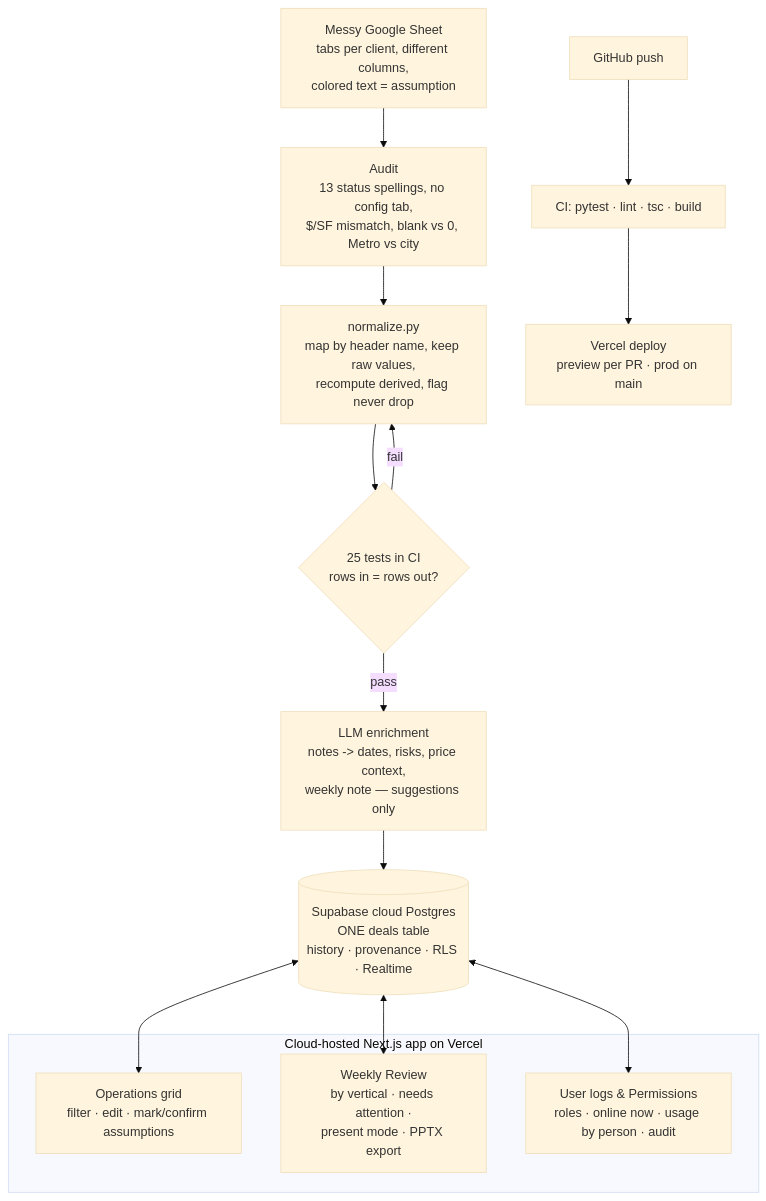
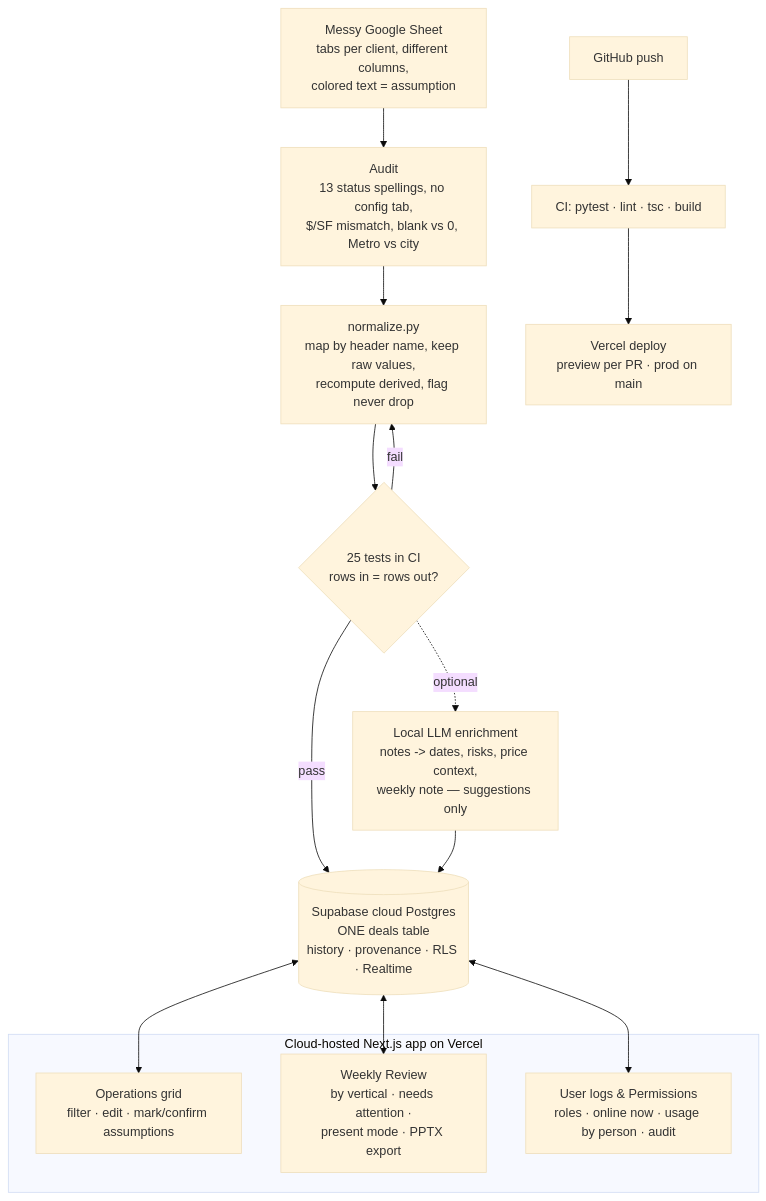
The diagram in README.md (DiegoOrtizRuiz/Atoms-Website), drawn with Mermaid (base theme) before and after one commit. The commit also changed other lines of this file and 1 other file, not shown here.

````diff
--- a/README.md
+++ b/README.md
@@ -36,18 +144,19 @@
 ```mermaid
 flowchart TD
   A[Messy Google Sheet<br/>tabs per client, different columns,<br/>colored text = assumption] --> B[Audit<br/>13 status spellings, no config tab,<br/>$/SF mismatch, blank vs 0, Metro vs city]
   B --> C[normalize.py<br/>map by header name, keep raw values,<br/>recompute derived, flag never drop]
   C --> T{25 tests in CI<br/>rows in = rows out?}
   T -- fail --> C
-  T -- pass --> D[LLM enrichment<br/>notes -> dates, risks, price context,<br/>weekly note — suggestions only]
-  D --> E[(Supabase cloud Postgres<br/>ONE deals table<br/>history · provenance · RLS · Realtime)]
+  T -- pass --> E[(Supabase cloud Postgres<br/>ONE deals table<br/>history · provenance · RLS · Realtime)]
+  T -. optional .-> D[Local LLM enrichment<br/>notes -> dates, risks, price context,<br/>weekly note — suggestions only]
+  D --> E
   subgraph Vercel[Cloud-hosted Next.js app on Vercel]
     F[Operations grid<br/>filter · edit · mark/confirm assumptions]
     G[Weekly Review<br/>by vertical · needs attention ·<br/>present mode · PPTX export]
     H[User logs & Permissions<br/>roles · online now · usage by person · audit]
   end
   E <--> F
   E <--> G
   E <--> H
   I[GitHub push] --> J[CI: pytest · lint · tsc · build] --> K[Vercel deploy<br/>preview per PR · prod on main]
 ```
````
